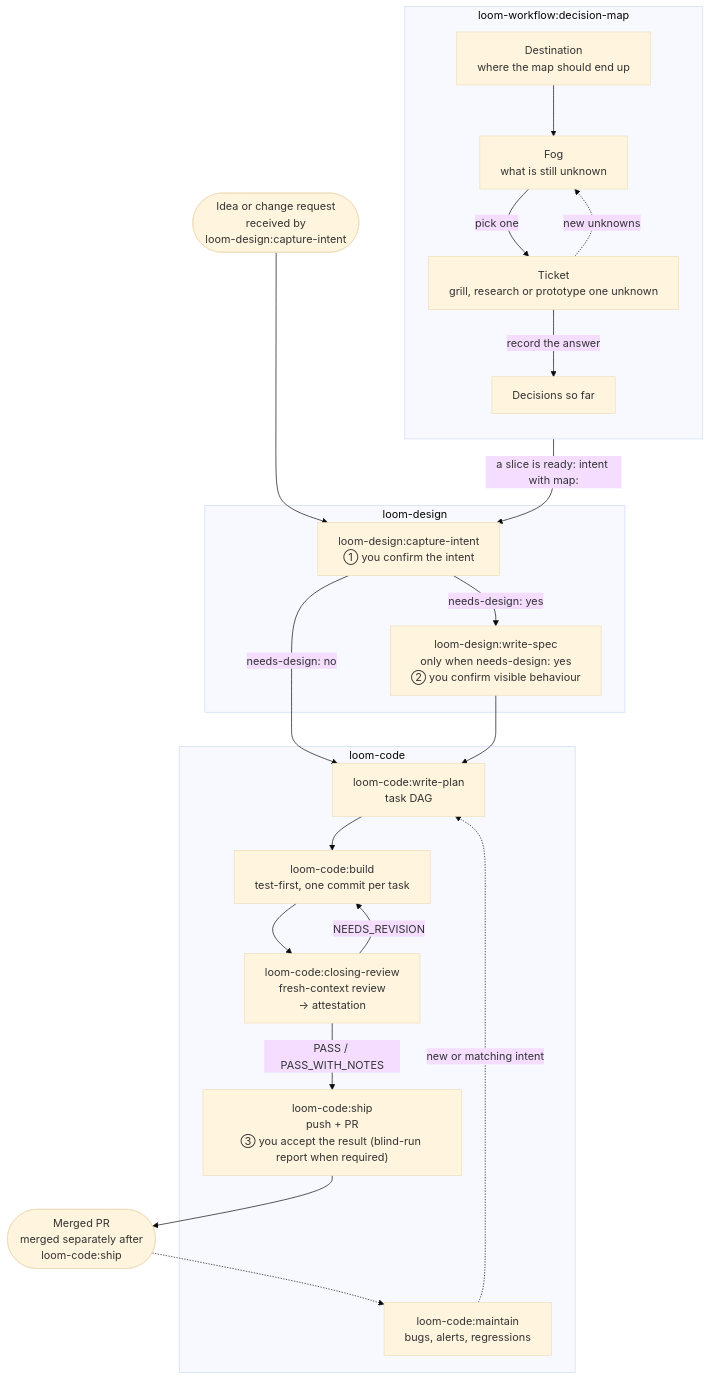
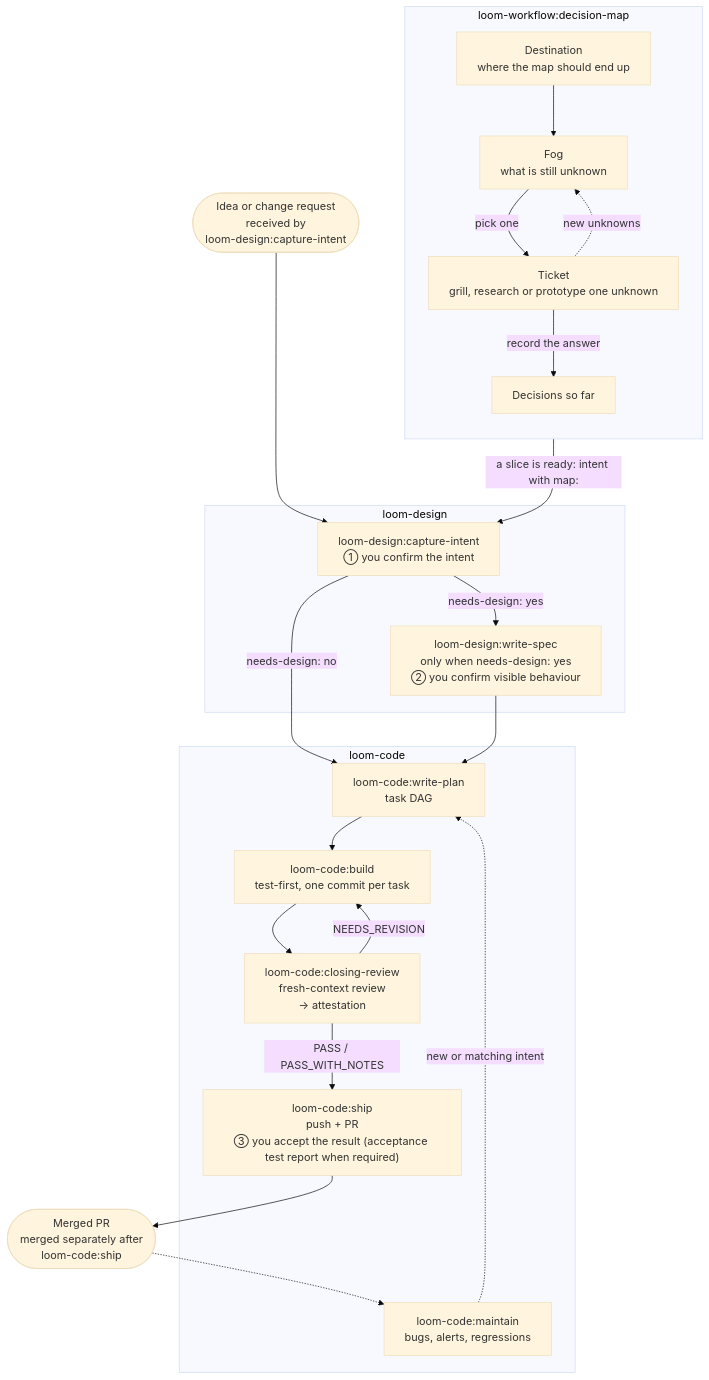
Before and after one commit to kouko/loom-plugins: the diagram in README.md, drawn with Mermaid (base theme). The commit also changed other lines of this file and 161 other files, not shown here.

First line of the commit message:
refactor(loom): rename the blind run to independent acceptance testing (#46)

````diff
--- a/README.md
+++ b/README.md
@@ -25,46 +25,46 @@
 ```mermaid
 %%{init: {"flowchart": {"wrappingWidth": 320}}}%%
 flowchart TD
     idea(["Idea or change request<br/>received by<br/>loom-design:capture-intent"])
 
     subgraph dm["loom-workflow:decision-map"]
         direction TB
         dest["Destination<br/>where the map should end up"]
         fog["Fog<br/>what is still unknown"]
         ticket["Ticket<br/>grill, research or prototype one unknown"]
         log["Decisions so far"]
     end
 
     subgraph design["loom-design"]
         intent["loom-design:capture-intent<br/>① you confirm the intent"]
         spec["loom-design:write-spec<br/>only when needs-design: yes<br/>② you confirm visible behaviour"]
     end
 
     subgraph code["loom-code"]
         plan["loom-code:write-plan<br/>task DAG"]
         build["loom-code:build<br/>test-first, one commit per task"]
         review["loom-code:closing-review<br/>fresh-context review<br/>→ attestation"]
-        ship["loom-code:ship<br/>push + PR<br/>③ you accept the result (blind-run report when required)"]
+        ship["loom-code:ship<br/>push + PR<br/>③ you accept the result (acceptance test report when required)"]
         maintain["loom-code:maintain<br/>bugs, alerts, regressions"]
     end
 
     merged(["Merged PR<br/>merged separately after<br/>loom-code:ship"])
 
     idea --> intent
     intent -->|"needs-design: yes"| spec
     intent -->|"needs-design: no"| plan
     spec --> plan
     plan --> build
     build --> review
     review -->|"NEEDS_REVISION"| build
     review -->|"PASS / PASS_WITH_NOTES"| ship
     ship --> merged
     merged -.-> maintain
     maintain -.->|"new or matching intent"| plan
 
     dest --> fog
     fog -->|"pick one"| ticket
     ticket -->|"record the answer"| log
     ticket -.->|"new unknowns"| fog
     dm -->|"a slice is ready: intent with map:"| intent
 ```
````
